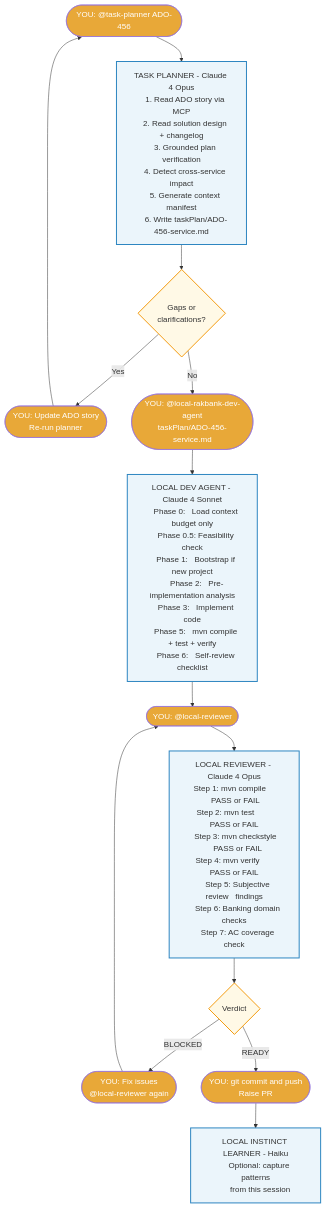
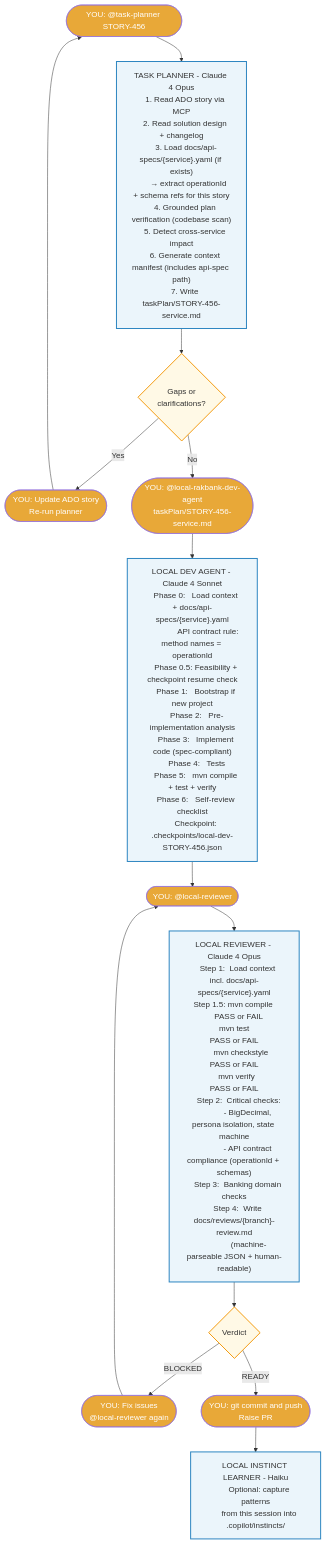
One commit to faizal13/sdlc-copilot-template changed the fourth of 7 diagrams in docs/agentic-sdlc-flowchart.md. Above: the diagram before and after it, drawn with Mermaid. The commit also changed other lines of this file and 1 other file, not shown here.

````diff
--- a/docs/agentic-sdlc-flowchart.md
+++ b/docs/agentic-sdlc-flowchart.md
@@ -139,61 +223,70 @@
 ```mermaid
 flowchart TD
-    A([YOU: @task-planner ADO-456]) --> B
+    A([YOU: @task-planner STORY-456]) --> B
 
     B["TASK PLANNER - Claude 4 Opus
     1. Read ADO story via MCP
     2. Read solution design + changelog
-    3. Grounded plan verification
-    4. Detect cross-service impact
-    5. Generate context manifest
-    6. Write taskPlan/ADO-456-service.md"]
+    3. Load docs/api-specs/{service}.yaml (if exists)
+       → extract operationId + schema refs for this story
+    4. Grounded plan verification (codebase scan)
+    5. Detect cross-service impact
+    6. Generate context manifest (includes api-spec path)
+    7. Write taskPlan/STORY-456-service.md"]
 
     B --> C{Gaps or\nclarifications?}
     C -->|Yes| D([YOU: Update ADO story\nRe-run planner])
     D --> A
     C -->|No| E
 
-    E([YOU: @local-rakbank-dev-agent\ntaskPlan/ADO-456-service.md]) --> F
+    E([YOU: @local-rakbank-dev-agent\ntaskPlan/STORY-456-service.md]) --> F
 
     F["LOCAL DEV AGENT - Claude 4 Sonnet
-    Phase 0:   Load context budget only
-    Phase 0.5: Feasibility check
+    Phase 0:   Load context + docs/api-specs/{service}.yaml
+               API contract rule: method names = operationId
+    Phase 0.5: Feasibility + checkpoint resume check
     Phase 1:   Bootstrap if new project
     Phase 2:   Pre-implementation analysis
-    Phase 3:   Implement code
+    Phase 3:   Implement code (spec-compliant)
+    Phase 4:   Tests
     Phase 5:   mvn compile + test + verify
-    Phase 6:   Self-review checklist"]
+    Phase 6:   Self-review checklist
+    Checkpoint: .checkpoints/local-dev-STORY-456.json"]
 
     F --> G([YOU: @local-reviewer]) --> H
 
     H["LOCAL REVIEWER - Claude 4 Opus
-    Step 1: mvn compile         PASS or FAIL
-    Step 2: mvn test            PASS or FAIL
-    Step 3: mvn checkstyle      PASS or FAIL
-    Step 4: mvn verify          PASS or FAIL
-    Step 5: Subjective review   findings
-    Step 6: Banking domain checks
-    Step 7: AC coverage check"]
+    Step 1:  Load context incl. docs/api-specs/{service}.yaml
+    Step 1.5: mvn compile         PASS or FAIL
+             mvn test             PASS or FAIL
+             mvn checkstyle       PASS or FAIL
+             mvn verify           PASS or FAIL
+    Step 2:  Critical checks:
+             - BigDecimal, persona isolation, state machine
+             - API contract compliance (operationId + schemas)
+    Step 3:  Banking domain checks
+    Step 4:  Write docs/reviews/{branch}-review.md
+             (machine-parseable JSON + human-readable)"]
 
     H --> I{Verdict}
     I -->|BLOCKED| J([YOU: Fix issues\n@local-reviewer again])
     J --> G
     I -->|READY| K([YOU: git commit and push\nRaise PR])
 
     K --> L["LOCAL INSTINCT LEARNER - Haiku
     Optional: capture patterns
-    from this session"]
+    from this session into .copilot/instincts/"]
 
     style A fill:#E8A838,color:#fff
     style B fill:#EBF5FB,stroke:#2E86C1,stroke-width:2px
     style C fill:#FFF9E6,stroke:#F39C12,stroke-width:2px
     style D fill:#E8A838,color:#fff
     style E fill:#E8A838,color:#fff
     style F fill:#EBF5FB,stroke:#2E86C1,stroke-width:2px
     style G fill:#E8A838,color:#fff
     style H fill:#EBF5FB,stroke:#2E86C1,stroke-width:2px
     style I fill:#FFF9E6,stroke:#F39C12,stroke-width:2px
     style J fill:#E8A838,color:#fff
     style K fill:#E8A838,color:#fff
     style L fill:#EBF5FB,stroke:#2E86C1,stroke-width:2px
 ```
````
